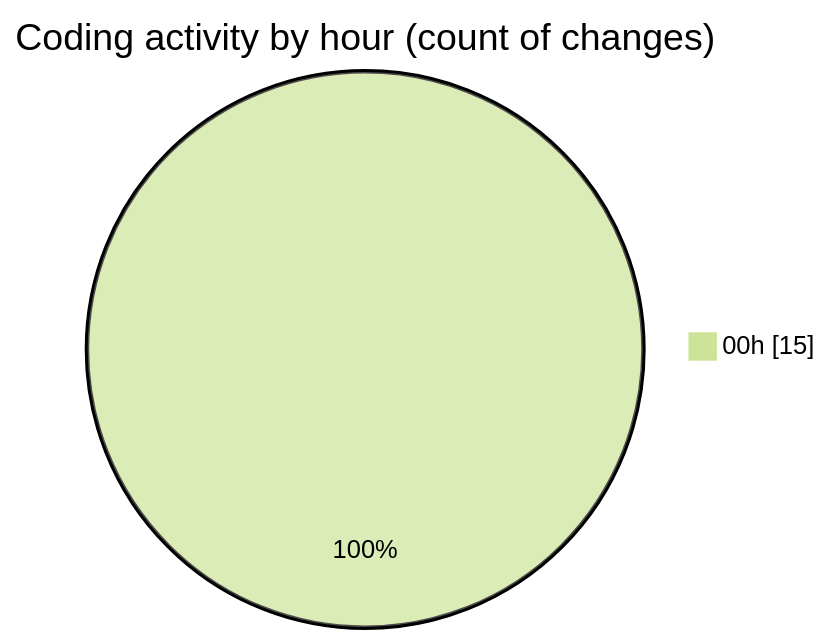
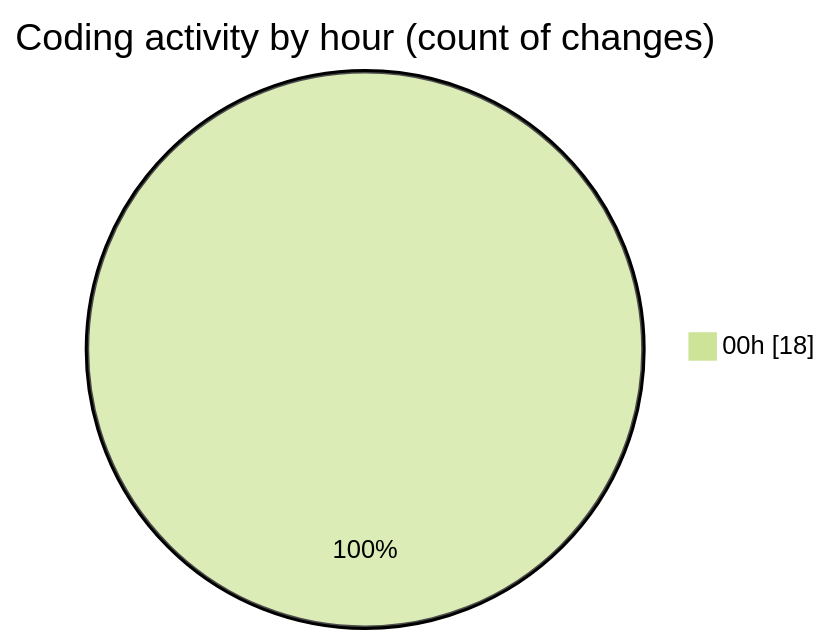
Before and after one commit to Elitesun/code-tracking: the second of 2 diagrams in 2025-05-12/elitesun/README.md, drawn with Mermaid (forest theme). The commit also changed other lines of this file and 1 other file, not shown here.

````diff
--- a/2025-05-12/elitesun/README.md
+++ b/2025-05-12/elitesun/README.md
@@ -36,5 +37,5 @@
 ```mermaid
 pie showData
 title Coding activity by hour (count of changes)
-"00h" : 15
+"00h" : 18
 ```
````
